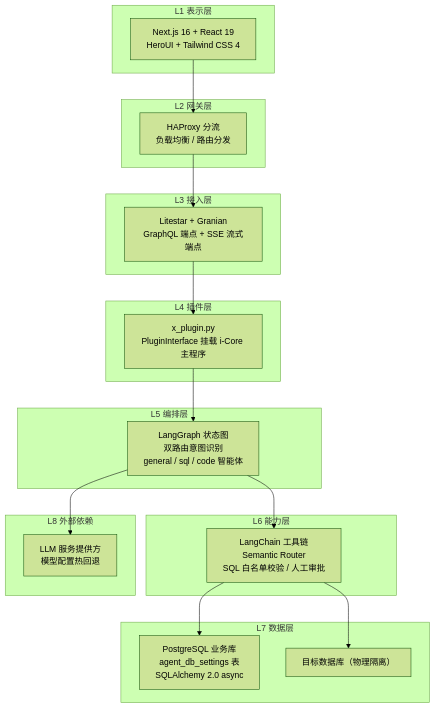
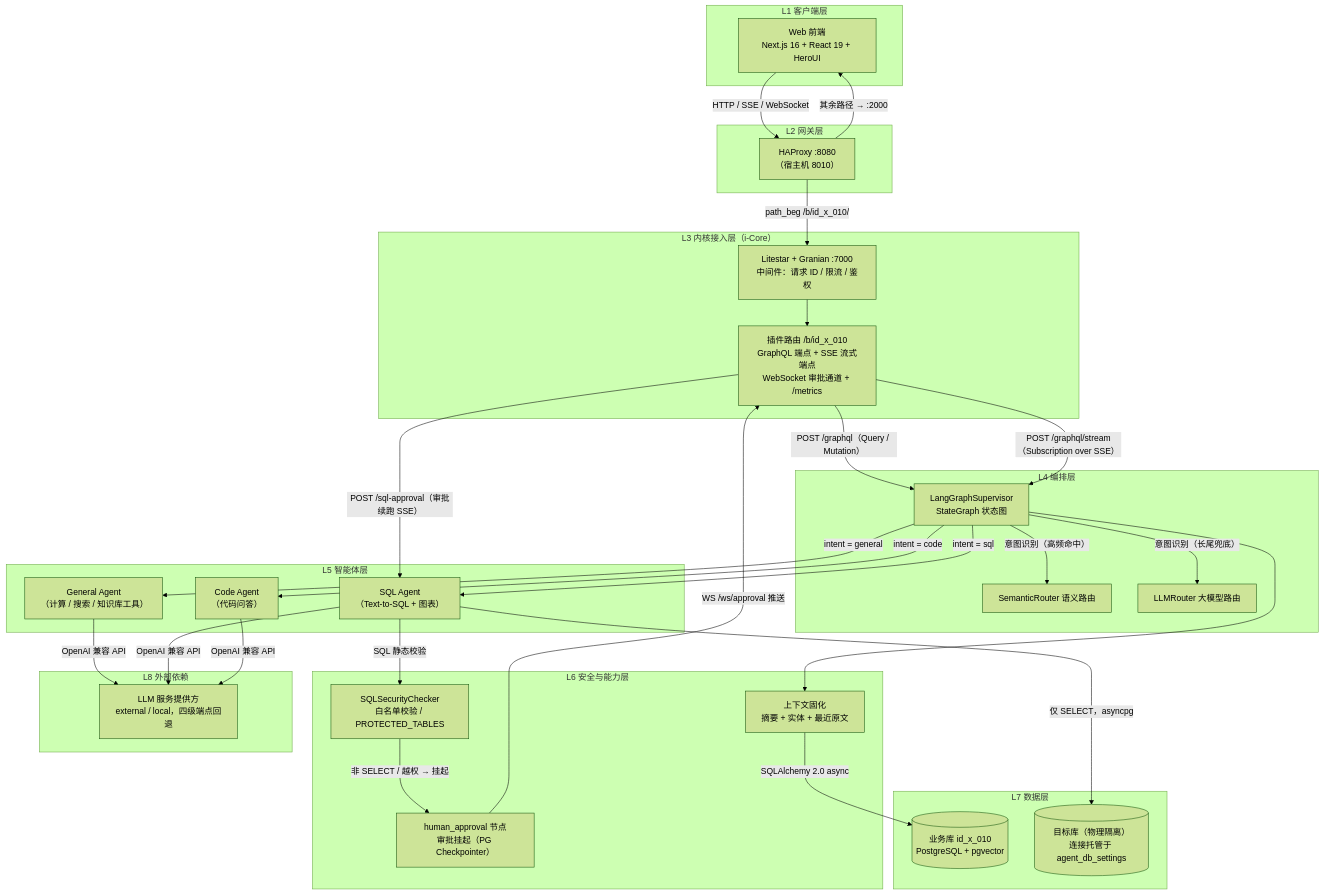
One commit to i-TorchLabs/id_x_010 changed the first of 2 diagrams in README.md. Above: the diagram before and after it, drawn with Mermaid (forest theme). The commit also changed other lines of this file, not shown here.

````diff
--- a/README.md
+++ b/README.md
@@ -67,37 +66,64 @@
 ```mermaid
-graph TB
-    subgraph L1["L1 表示层"]
-        UI["Next.js 16 + React 19<br/>HeroUI + Tailwind CSS 4"]
-    end
-    subgraph L2["L2 网关层"]
-        GW["HAProxy 分流<br/>负载均衡 / 路由分发"]
-    end
-    subgraph L3["L3 接入层"]
-        AC["Litestar + Granian<br/>GraphQL 端点 + SSE 流式端点"]
-    end
-    subgraph L4["L4 插件层"]
-        PL["x_plugin.py<br/>PluginInterface 挂载 i-Core 主程序"]
-    end
-    subgraph L5["L5 编排层"]
-        OR["LangGraph 状态图<br/>双路由意图识别<br/>general / sql / code 智能体"]
-    end
-    subgraph L6["L6 能力层"]
-        CA["LangChain 工具链<br/>Semantic Router<br/>SQL 白名单校验 / 人工审批"]
-    end
-    subgraph L7["L7 数据层"]
-        DB["PostgreSQL 业务库<br/>agent_db_settings 表<br/>SQLAlchemy 2.0 async"]
-        TDB["目标数据库（物理隔离）"]
-    end
-    subgraph L8["L8 外部依赖"]
-        EXT["LLM 服务提供方<br/>模型配置热回退"]
+graph TD
+    subgraph L1["L1 客户端层"]
+        UI["Web 前端<br/>Next.js 16 + React 19 + HeroUI"]
     end
 
-    UI --> GW
-    GW --> AC
-    AC --> PL
-    PL --> OR
-    OR --> CA
-    CA --> DB
-    CA --> TDB
-    OR --> EXT
+    subgraph L2["L2 网关层"]
+        GW["HAProxy :8080<br/>（宿主机 8010）"]
+    end
+
+    subgraph L3["L3 内核接入层（i-Core）"]
+        CORE["Litestar + Granian :7000<br/>中间件：请求 ID / 限流 / 鉴权"]
+        API["插件路由 /b/id_x_010<br/>GraphQL 端点 + SSE 流式端点<br/>WebSocket 审批通道 + /metrics"]
+    end
+
+    subgraph L4["L4 编排层"]
+        SUP["LangGraphSupervisor<br/>StateGraph 状态图"]
+        SR["SemanticRouter 语义路由"]
+        LR["LLMRouter 大模型路由"]
+    end
+
+    subgraph L5["L5 智能体层"]
+        GA["General Agent<br/>（计算 / 搜索 / 知识库工具）"]
+        SA["SQL Agent<br/>（Text-to-SQL + 图表）"]
+        CA["Code Agent<br/>（代码问答）"]
+    end
+
+    subgraph L6["L6 安全与能力层"]
+        SEC["SQLSecurityChecker<br/>白名单校验 / PROTECTED_TABLES"]
+        HAP["human_approval 节点<br/>审批挂起（PG Checkpointer）"]
+        MEM["上下文固化<br/>摘要 + 实体 + 最近原文"]
+    end
+
+    subgraph L7["L7 数据层"]
+        BDB[("业务库 id_x_010<br/>PostgreSQL + pgvector")]
+        TDB[("目标库（物理隔离）<br/>连接托管于 agent_db_settings")]
+    end
+
+    subgraph L8["L8 外部依赖"]
+        LLM["LLM 服务提供方<br/>external / local，四级端点回退"]
+    end
+
+    UI -->|"HTTP / SSE / WebSocket"| GW
+    GW -->|"path_beg /b/id_x_010/"| CORE
+    GW -->|"其余路径 → :2000"| UI
+    CORE --> API
+    API -->|"POST /graphql（Query / Mutation）"| SUP
+    API -->|"POST /graphql/stream（Subscription over SSE）"| SUP
+    API -->|"POST /sql-approval（审批续跑 SSE）"| SA
+    SUP -->|"意图识别（高频命中）"| SR
+    SUP -->|"意图识别（长尾兜底）"| LR
+    SUP -->|"intent = general"| GA
+    SUP -->|"intent = sql"| SA
+    SUP -->|"intent = code"| CA
+    SA -->|"SQL 静态校验"| SEC
+    SEC -->|"非 SELECT / 越权 → 挂起"| HAP
+    HAP -->|"WS /ws/approval 推送"| API
+    SA -->|"仅 SELECT，asyncpg"| TDB
+    SUP --> MEM
+    MEM -->|"SQLAlchemy 2.0 async"| BDB
+    GA -->|"OpenAI 兼容 API"| LLM
+    SA -->|"OpenAI 兼容 API"| LLM
+    CA -->|"OpenAI 兼容 API"| LLM
 ```
````
